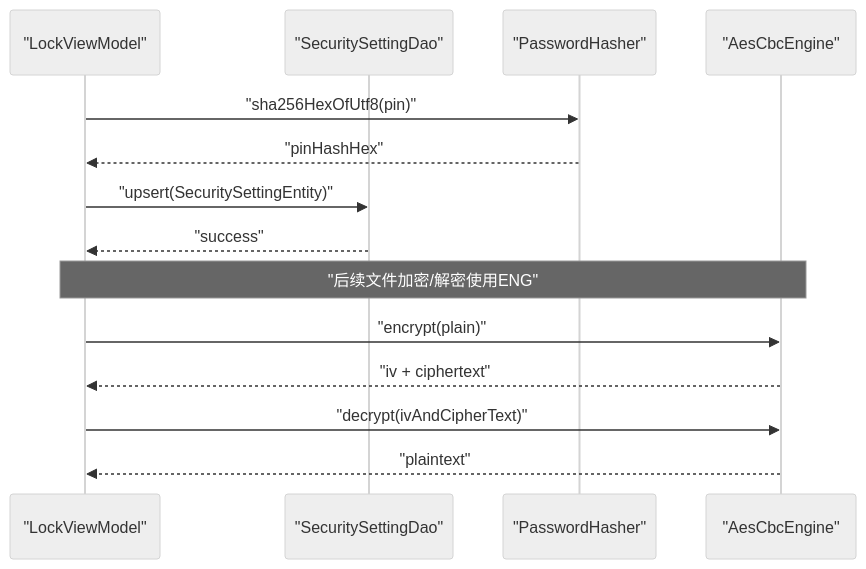
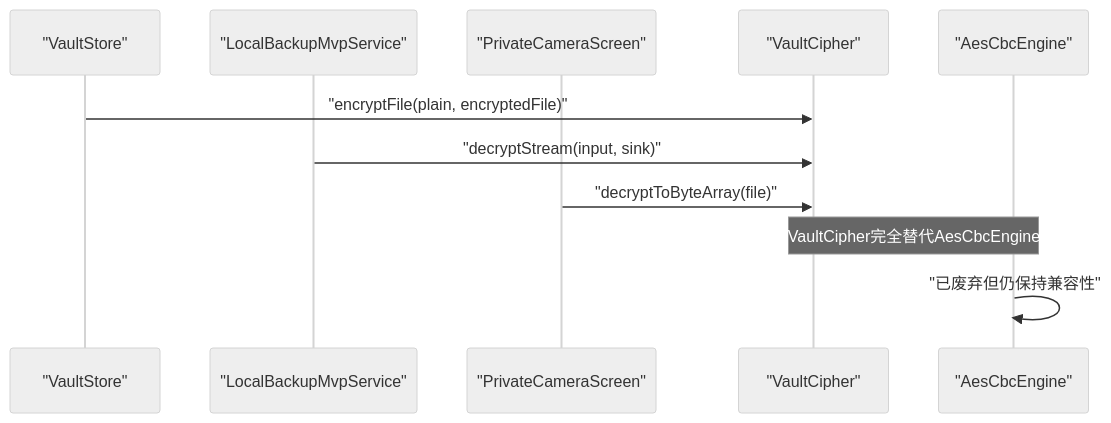
Before and after one commit to wanhongbo/ai-photo-vault: the second of 5 diagrams in .qoder/repowiki/zh/content/核心功能模块/加密存储系统/AES-CBC加密引擎.md, drawn with Mermaid (neutral theme). The commit also changed other lines of this file and 22 other files, not shown here.

````diff
--- a/.qoder/repowiki/zh/content/核心功能模块/加密存储系统/AES-CBC加密引擎.md
+++ b/.qoder/repowiki/zh/content/核心功能模块/加密存储系统/AES-CBC加密引擎.md
@@ -108,16 +109,13 @@
 ```mermaid
 sequenceDiagram
-participant VM as "LockViewModel"
-participant DB as "SecuritySettingDao"
-participant PH as "PasswordHasher"
-participant ENG as "AesCbcEngine"
-VM->>PH : "sha256HexOfUtf8(pin)"
-PH-->>VM : "pinHashHex"
-VM->>DB : "upsert(SecuritySettingEntity)"
-DB-->>VM : "success"
-Note over VM,ENG : "后续文件加密/解密使用ENG"
-VM->>ENG : "encrypt(plain)"
-ENG-->>VM : "iv + ciphertext"
-VM->>ENG : "decrypt(ivAndCipherText)"
-ENG-->>VM : "plaintext"
+participant VS as "VaultStore"
+participant LB as "LocalBackupMvpService"
+participant PCS as "PrivateCameraScreen"
+participant VC as "VaultCipher"
+participant AE as "AesCbcEngine"
+VS->>VC : "encryptFile(plain, encryptedFile)"
+LB->>VC : "decryptStream(input, sink)"
+PCS->>VC : "decryptToByteArray(file)"
+Note over VC,AE : "VaultCipher完全替代AesCbcEngine"
+AE->>AE : "已废弃但仍保持兼容性"
 ```
````
